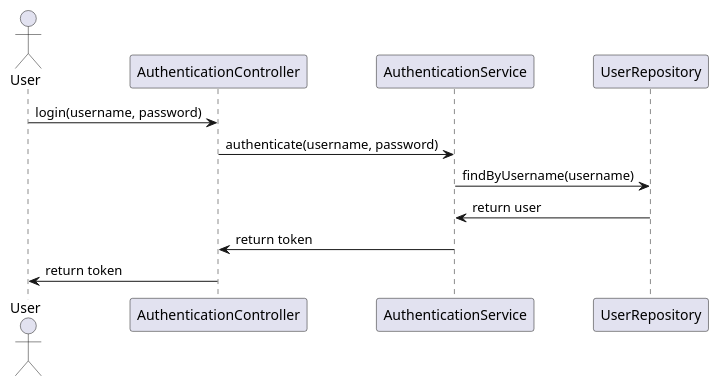
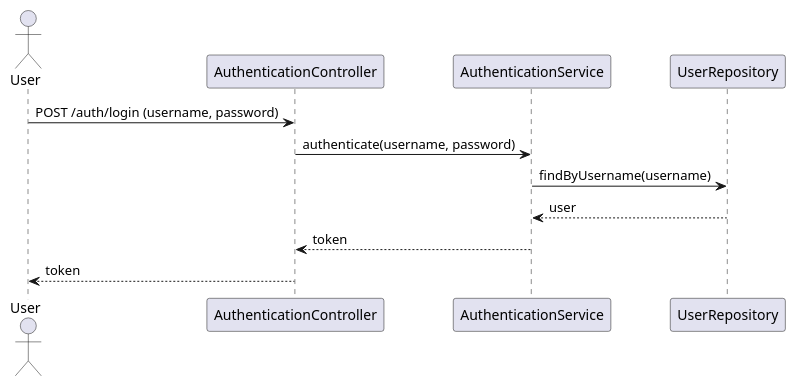
One commit to Dinesh-s95/AutoDoc.ai changed the second of 4 diagrams in enrollment/documentation/detaileddesign.adoc. Above: the diagram before and after it, drawn with PlantUML. The commit also changed other lines of this file and 4 other files, not shown here.

```diff
--- a/enrollment/documentation/detaileddesign.adoc
+++ b/enrollment/documentation/detaileddesign.adoc
@@ -208,16 +201,16 @@
 [plantuml, authentication-sequence, png]
 ----
 @startuml
-actor User as user
-participant "AuthenticationController" as authController
-participant "AuthenticationService" as authService
-participant "UserRepository" as userRepo
+actor User
+participant "AuthenticationController" as AuthController
+participant "AuthenticationService" as AuthService
+participant "UserRepository" as UserRepository
 
-user -> authController : login(username, password)
-authController -> authService : authenticate(username, password)
-authService -> userRepo : findByUsername(username)
-userRepo -> authService : return user
-authService -> authController : return token
-authController -> user : return token
+User -> AuthController : POST /auth/login (username, password)
+AuthController -> AuthService : authenticate(username, password)
+AuthService -> UserRepository : findByUsername(username)
+UserRepository --> AuthService : user
+AuthService --> AuthController : token
+AuthController --> User : token
 @enduml
 ----
```
